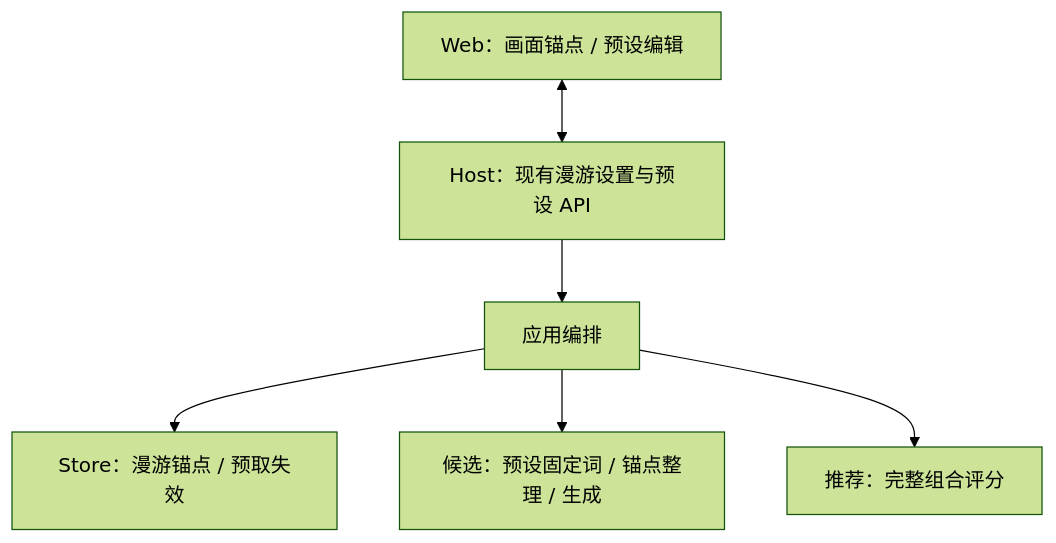
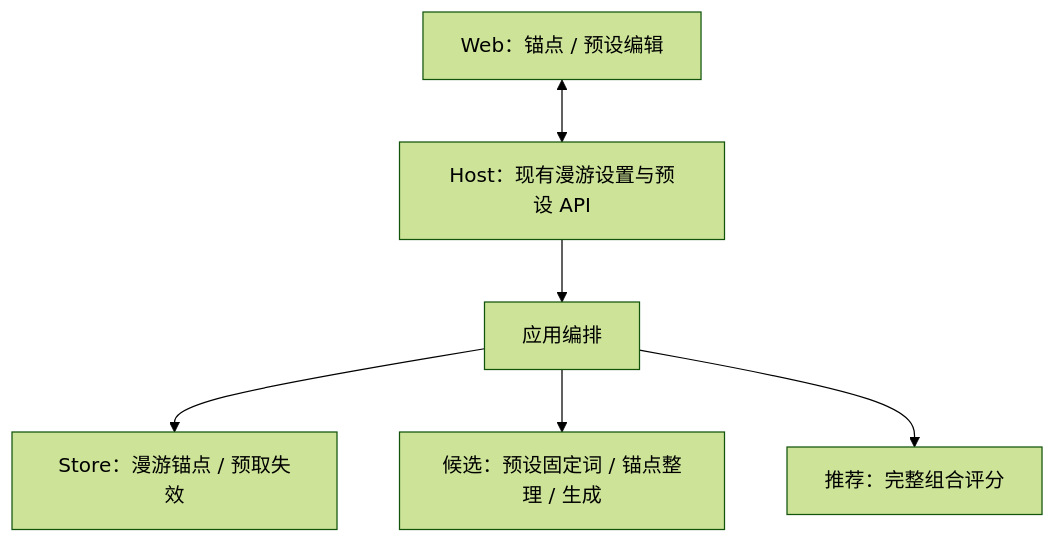
The first of 2 diagrams in docs/roam-anchors.md (Lykr/pictide), drawn with Mermaid (forest theme) before and after one commit. The commit also changed other lines of this file and 3 other files, not shown here.

````diff
--- a/docs/roam-anchors.md
+++ b/docs/roam-anchors.md
@@ -9,14 +9,14 @@
 ```mermaid
 flowchart TD
-    UI["Web：画面锚点 / 预设编辑"]
+    UI["Web：锚点 / 预设编辑"]
     Host["Host：现有漫游设置与预设 API"]
     App["应用编排"]
     Store["Store：漫游锚点 / 预取失效"]
     Candidate["候选：预设固定词 / 锚点整理 / 生成"]
     Rec["推荐：完整组合评分"]
     UI <--> Host
     Host --> App
     App --> Store
     App --> Candidate
     App --> Rec
 ```
````
